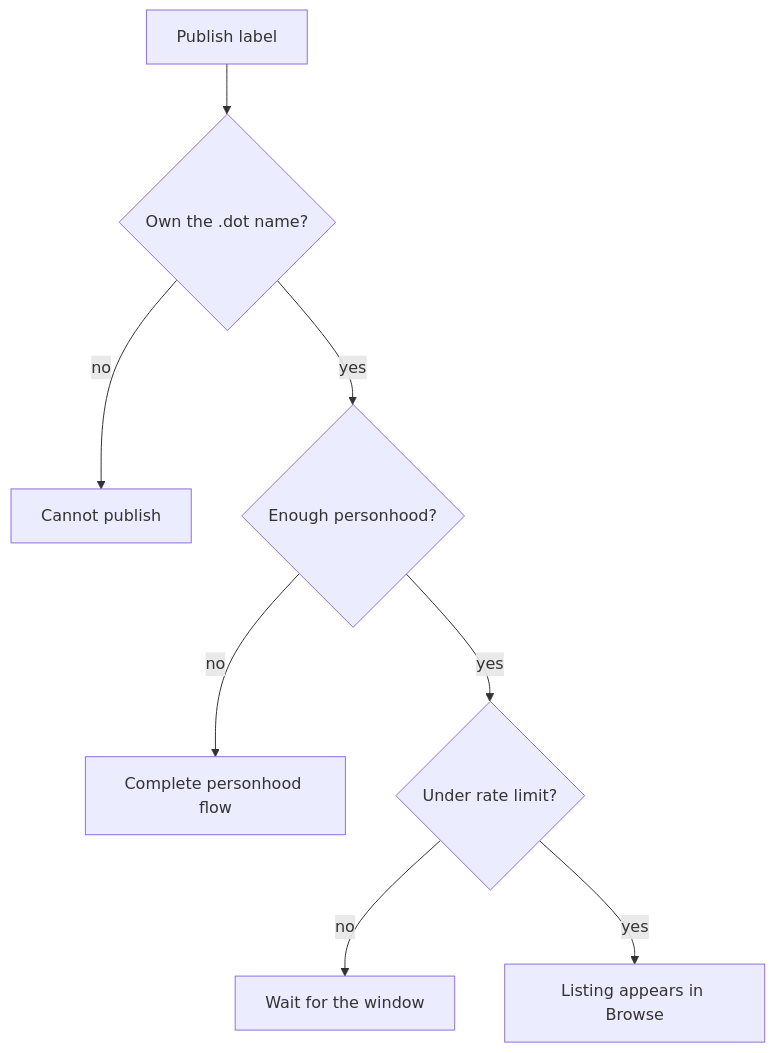
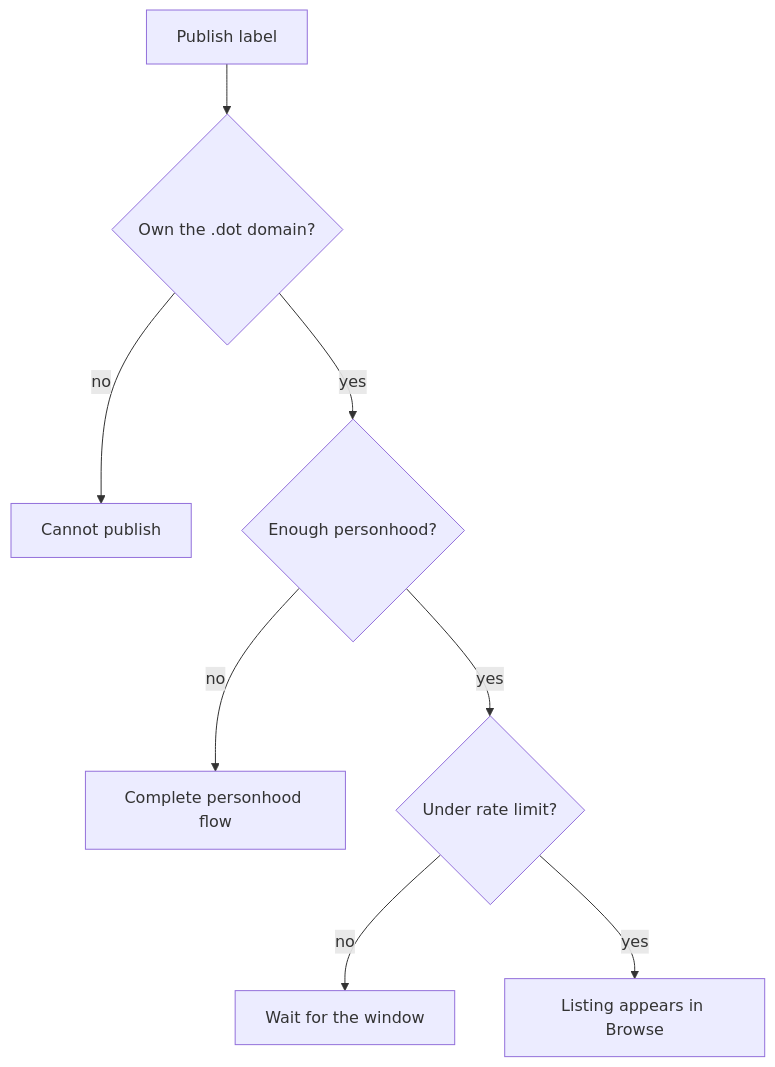
The first of 2 diagrams in docs/architecture/discovery.md (Polkadot-Community-Foundation/polkadot-app-docs), drawn with Mermaid before and after one commit. The commit also changed other lines of this file and 31 other files, not shown here.

````diff
--- a/docs/architecture/discovery.md
+++ b/docs/architecture/discovery.md
@@ -69,10 +69,10 @@
 ```mermaid
 flowchart TD
-  A[Publish label] --> B{Own the .dot name?}
+  A[Publish label] --> B{Own the .dot domain?}
   B -- no --> E1[Cannot publish]
   B -- yes --> C{Enough personhood?}
   C -- no --> E2[Complete personhood flow]
   C -- yes --> D{Under rate limit?}
   D -- no --> E3[Wait for the window]
   D -- yes --> R[Listing appears in Browse]
 ```
````
